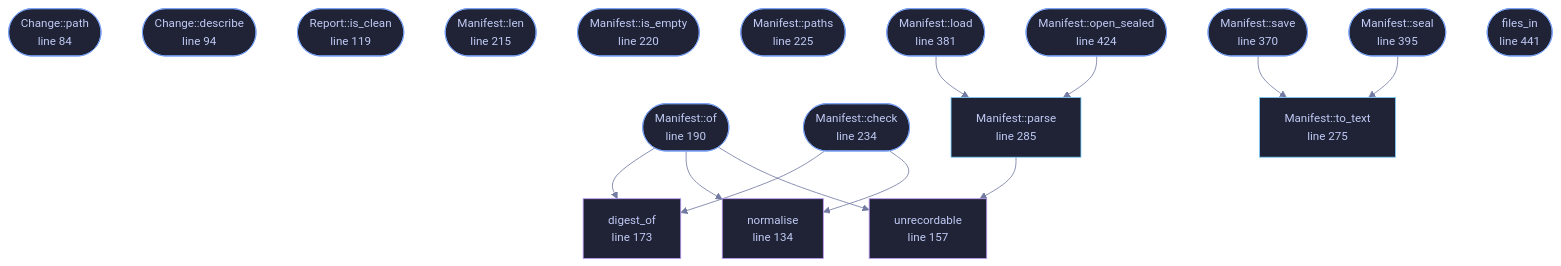
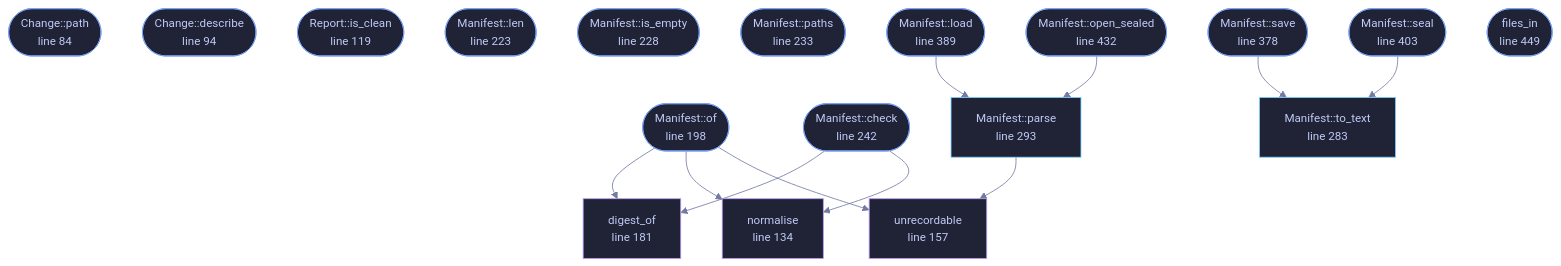
Before and after one commit to tilas01/veilvoice: the diagram in docs/files/veilvoice-guard/manifest.md, drawn with Mermaid. The commit also changed other lines of this file and 130 other files, not shown here.

````diff
--- a/docs/files/veilvoice-guard/manifest.md
+++ b/docs/files/veilvoice-guard/manifest.md
@@ -105,56 +105,56 @@
 ```mermaid
 %%{init: {"theme":"base","themeVariables":{"background":"#1a1b26","primaryColor":"#1f2335","primaryTextColor":"#c0caf5","primaryBorderColor":"#7aa2f7","secondaryColor":"#16161e","tertiaryColor":"#16161e","lineColor":"#737aa2","textColor":"#c0caf5","mainBkg":"#1f2335","nodeBorder":"#7aa2f7","clusterBkg":"#16161e","clusterBorder":"#2f3549","fontFamily":"ui-monospace, SFMono-Regular, Consolas, monospace","fontSize":"14px"}}}%%
 flowchart TD
     n_path(["Change::path<br/>line 84"])
     n_describe(["Change::describe<br/>line 94"])
     n_is_clean(["Report::is_clean<br/>line 119"])
     n_normalise["normalise<br/>line 134"]
     n_unrecordable["unrecordable<br/>line 157"]
-    n_digest_of["digest_of<br/>line 173"]
-    n_of(["Manifest::of<br/>line 190"])
-    n_len(["Manifest::len<br/>line 215"])
-    n_is_empty(["Manifest::is_empty<br/>line 220"])
-    n_paths(["Manifest::paths<br/>line 225"])
-    n_check(["Manifest::check<br/>line 234"])
-    n_to_text["Manifest::to_text<br/>line 275"]
-    n_parse["Manifest::parse<br/>line 285"]
-    n_save(["Manifest::save<br/>line 370"])
-    n_load(["Manifest::load<br/>line 381"])
-    n_seal(["Manifest::seal<br/>line 395"])
-    n_open_sealed(["Manifest::open_sealed<br/>line 424"])
-    n_files_in(["files_in<br/>line 441"])
+    n_digest_of["digest_of<br/>line 181"]
+    n_of(["Manifest::of<br/>line 198"])
+    n_len(["Manifest::len<br/>line 223"])
+    n_is_empty(["Manifest::is_empty<br/>line 228"])
+    n_paths(["Manifest::paths<br/>line 233"])
+    n_check(["Manifest::check<br/>line 242"])
+    n_to_text["Manifest::to_text<br/>line 283"]
+    n_parse["Manifest::parse<br/>line 293"]
+    n_save(["Manifest::save<br/>line 378"])
+    n_load(["Manifest::load<br/>line 389"])
+    n_seal(["Manifest::seal<br/>line 403"])
+    n_open_sealed(["Manifest::open_sealed<br/>line 432"])
+    n_files_in(["files_in<br/>line 449"])
     n_check --> n_digest_of
     n_check --> n_normalise
     n_load --> n_parse
     n_of --> n_digest_of
     n_of --> n_normalise
     n_of --> n_unrecordable
     n_open_sealed --> n_parse
     n_parse --> n_unrecordable
     n_save --> n_to_text
     n_seal --> n_to_text
     click n_path href "https://github.com/tilas01/veilvoice/blob/main/crates/veilvoice-guard/src/manifest.rs#L84" "open the source"
     click n_describe href "https://github.com/tilas01/veilvoice/blob/main/crates/veilvoice-guard/src/manifest.rs#L94" "open the source"
     click n_is_clean href "https://github.com/tilas01/veilvoice/blob/main/crates/veilvoice-guard/src/manifest.rs#L119" "open the source"
     click n_normalise href "https://github.com/tilas01/veilvoice/blob/main/crates/veilvoice-guard/src/manifest.rs#L134" "open the source"
     click n_unrecordable href "https://github.com/tilas01/veilvoice/blob/main/crates/veilvoice-guard/src/manifest.rs#L157" "open the source"
-    click n_digest_of href "https://github.com/tilas01/veilvoice/blob/main/crates/veilvoice-guard/src/manifest.rs#L173" "open the source"
-    click n_of href "https://github.com/tilas01/veilvoice/blob/main/crates/veilvoice-guard/src/manifest.rs#L190" "open the source"
-    click n_len href "https://github.com/tilas01/veilvoice/blob/main/crates/veilvoice-guard/src/manifest.rs#L215" "open the source"
-    click n_is_empty href "https://github.com/tilas01/veilvoice/blob/main/crates/veilvoice-guard/src/manifest.rs#L220" "open the source"
-    click n_paths href "https://github.com/tilas01/veilvoice/blob/main/crates/veilvoice-guard/src/manifest.rs#L225" "open the source"
-    click n_check href "https://github.com/tilas01/veilvoice/blob/main/crates/veilvoice-guard/src/manifest.rs#L234" "open the source"
-    click n_to_text href "https://github.com/tilas01/veilvoice/blob/main/crates/veilvoice-guard/src/manifest.rs#L275" "open the source"
-    click n_parse href "https://github.com/tilas01/veilvoice/blob/main/crates/veilvoice-guard/src/manifest.rs#L285" "open the source"
-    click n_save href "https://github.com/tilas01/veilvoice/blob/main/crates/veilvoice-guard/src/manifest.rs#L370" "open the source"
-    click n_load href "https://github.com/tilas01/veilvoice/blob/main/crates/veilvoice-guard/src/manifest.rs#L381" "open the source"
-    click n_seal href "https://github.com/tilas01/veilvoice/blob/main/crates/veilvoice-guard/src/manifest.rs#L395" "open the source"
-    click n_open_sealed href "https://github.com/tilas01/veilvoice/blob/main/crates/veilvoice-guard/src/manifest.rs#L424" "open the source"
-    click n_files_in href "https://github.com/tilas01/veilvoice/blob/main/crates/veilvoice-guard/src/manifest.rs#L441" "open the source"
+    click n_digest_of href "https://github.com/tilas01/veilvoice/blob/main/crates/veilvoice-guard/src/manifest.rs#L181" "open the source"
+    click n_of href "https://github.com/tilas01/veilvoice/blob/main/crates/veilvoice-guard/src/manifest.rs#L198" "open the source"
+    click n_len href "https://github.com/tilas01/veilvoice/blob/main/crates/veilvoice-guard/src/manifest.rs#L223" "open the source"
+    click n_is_empty href "https://github.com/tilas01/veilvoice/blob/main/crates/veilvoice-guard/src/manifest.rs#L228" "open the source"
+    click n_paths href "https://github.com/tilas01/veilvoice/blob/main/crates/veilvoice-guard/src/manifest.rs#L233" "open the source"
+    click n_check href "https://github.com/tilas01/veilvoice/blob/main/crates/veilvoice-guard/src/manifest.rs#L242" "open the source"
+    click n_to_text href "https://github.com/tilas01/veilvoice/blob/main/crates/veilvoice-guard/src/manifest.rs#L283" "open the source"
+    click n_parse href "https://github.com/tilas01/veilvoice/blob/main/crates/veilvoice-guard/src/manifest.rs#L293" "open the source"
+    click n_save href "https://github.com/tilas01/veilvoice/blob/main/crates/veilvoice-guard/src/manifest.rs#L378" "open the source"
+    click n_load href "https://github.com/tilas01/veilvoice/blob/main/crates/veilvoice-guard/src/manifest.rs#L389" "open the source"
+    click n_seal href "https://github.com/tilas01/veilvoice/blob/main/crates/veilvoice-guard/src/manifest.rs#L403" "open the source"
+    click n_open_sealed href "https://github.com/tilas01/veilvoice/blob/main/crates/veilvoice-guard/src/manifest.rs#L432" "open the source"
+    click n_files_in href "https://github.com/tilas01/veilvoice/blob/main/crates/veilvoice-guard/src/manifest.rs#L449" "open the source"
     classDef entry fill:#1f2335,stroke:#7aa2f7,color:#c0caf5
     class n_path,n_describe,n_is_clean,n_of,n_len,n_is_empty,n_paths,n_check,n_save,n_load,n_seal,n_open_sealed,n_files_in entry
     classDef api fill:#1f2335,stroke:#7dcfff,color:#c0caf5
     class n_to_text,n_parse api
     classDef helper fill:#1f2335,stroke:#bb9af7,color:#c0caf5
     class n_normalise,n_unrecordable,n_digest_of helper
 ```
````
